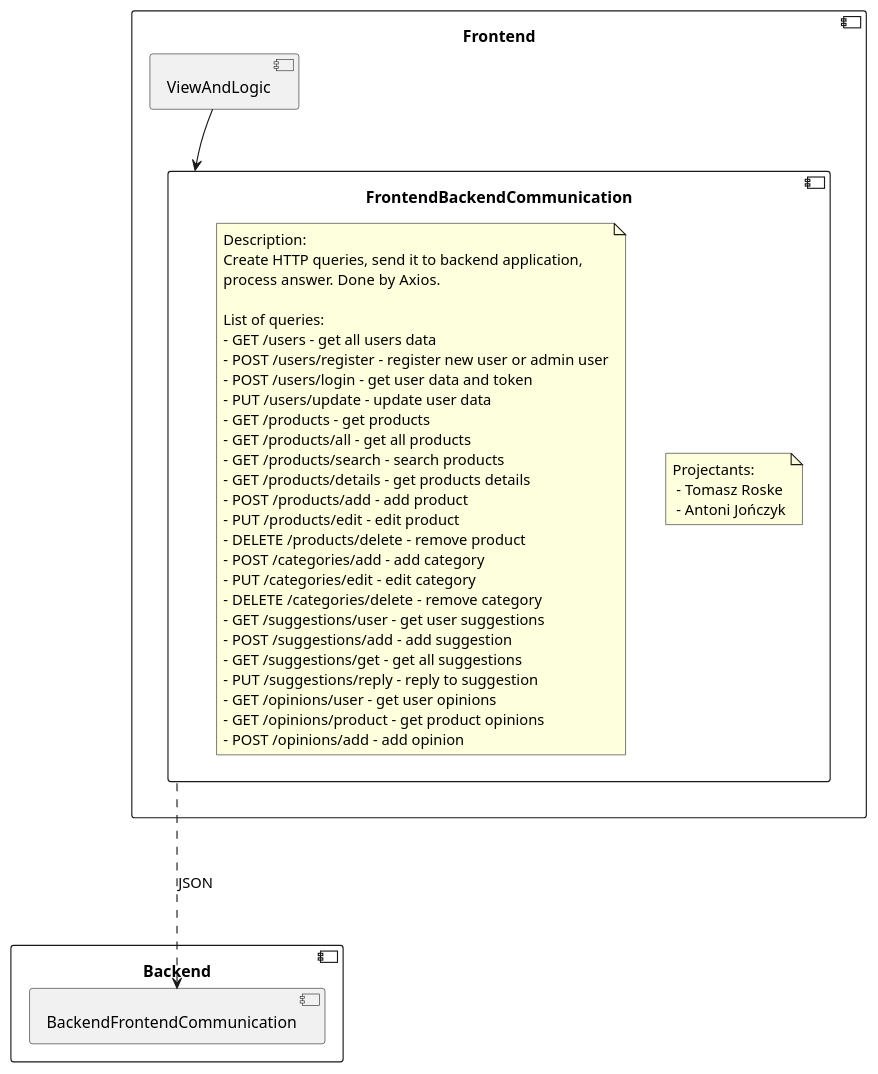
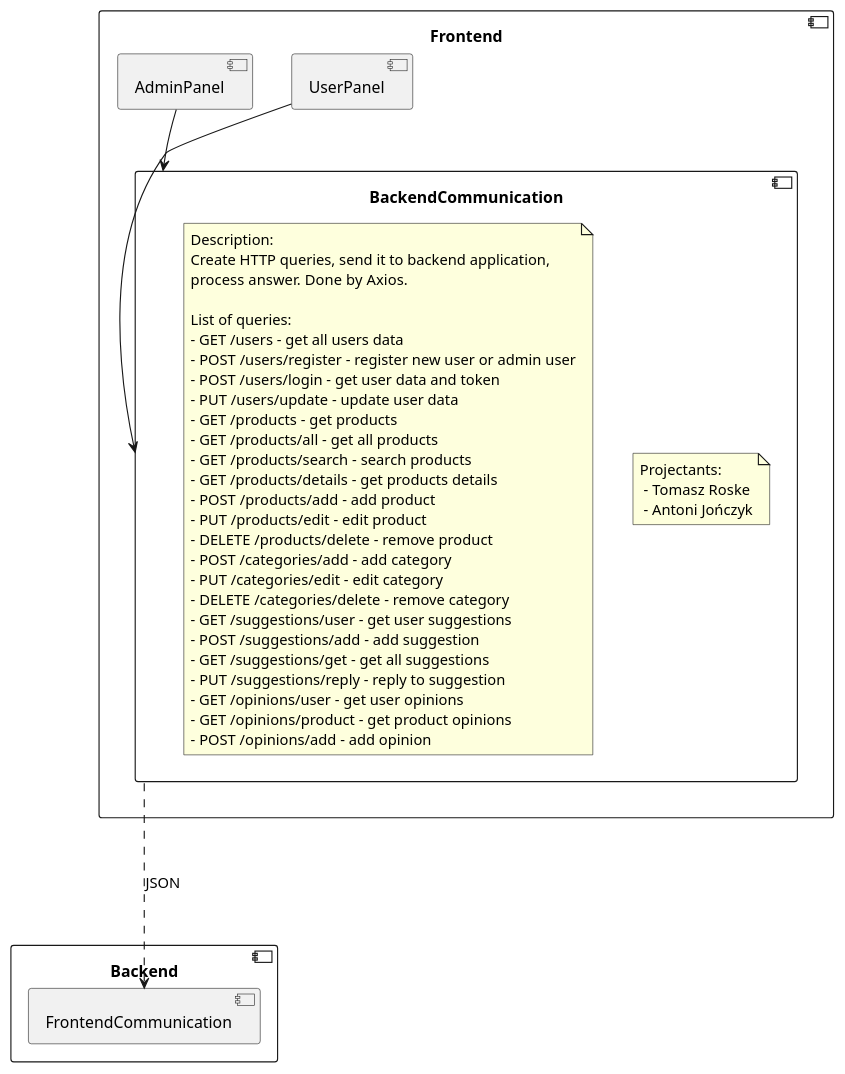
One commit to RadekBucki/OpinionCollectorArchitecture changed the diagram in frontend/FrontendBackendCommunication.md. Above: the diagram before and after it, drawn with PlantUML. The commit also changed 8 other files, not shown here.

````diff
--- a/frontend/FrontendBackendCommunication.md
+++ b/frontend/FrontendBackendCommunication.md
@@ -3,54 +3,57 @@
 ```plantuml
 @startuml
     
 component Frontend {
-    component ViewAndLogic {
+    component UserPanel {
     }
     
-    component FrontendBackendCommunication {
+    component AdminPanel {
+    }
+    
+    component BackendCommunication {
         note as Authors
             Projectants: 
              - Tomasz Roske
              - Antoni Jończyk
         endnote
         note as Description
             Description: 
             Create HTTP queries, send it to backend application,
             process answer. Done by Axios.
             
             List of queries:
             - GET /users - get all users data
             - POST /users/register - register new user or admin user
             - POST /users/login - get user data and token
             - PUT /users/update - update user data
             - GET /products - get products
             - GET /products/all - get all products
             - GET /products/search - search products
             - GET /products/details - get products details
             - POST /products/add - add product
             - PUT /products/edit - edit product
             - DELETE /products/delete - remove product
             - POST /categories/add - add category
             - PUT /categories/edit - edit category
             - DELETE /categories/delete - remove category
             - GET /suggestions/user - get user suggestions
             - POST /suggestions/add - add suggestion
             - GET /suggestions/get - get all suggestions
             - PUT /suggestions/reply - reply to suggestion
             - GET /opinions/user - get user opinions
             - GET /opinions/product - get product opinions
             - POST /opinions/add - add opinion
         endnote
     }
+    AdminPanel            --> BackendCommunication
+    UserPanel             --> BackendCommunication
 }
 
 component Backend {
-    component BackendFrontendCommunication {
+    component FrontendCommunication {
     }
 }
 
-FrontendBackendCommunication --.> BackendFrontendCommunication: JSON
-ViewAndLogic                 -->  FrontendBackendCommunication
-
+BackendCommunication --.> FrontendCommunication: JSON
 @enduml 
 ```
````
